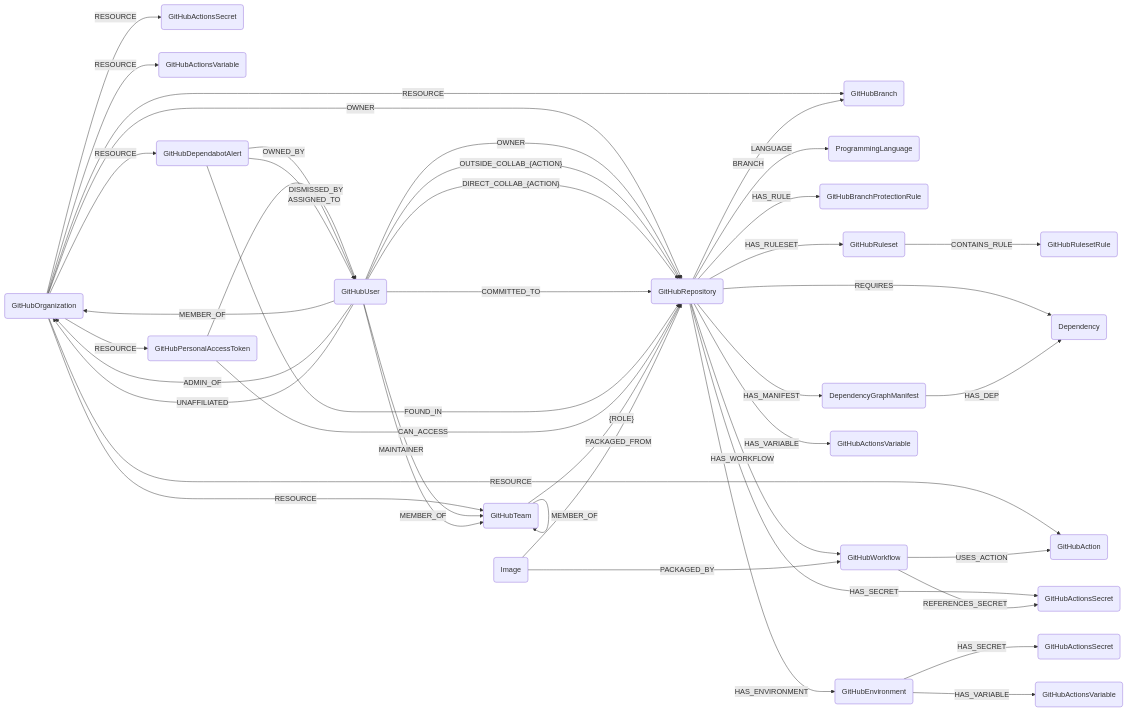
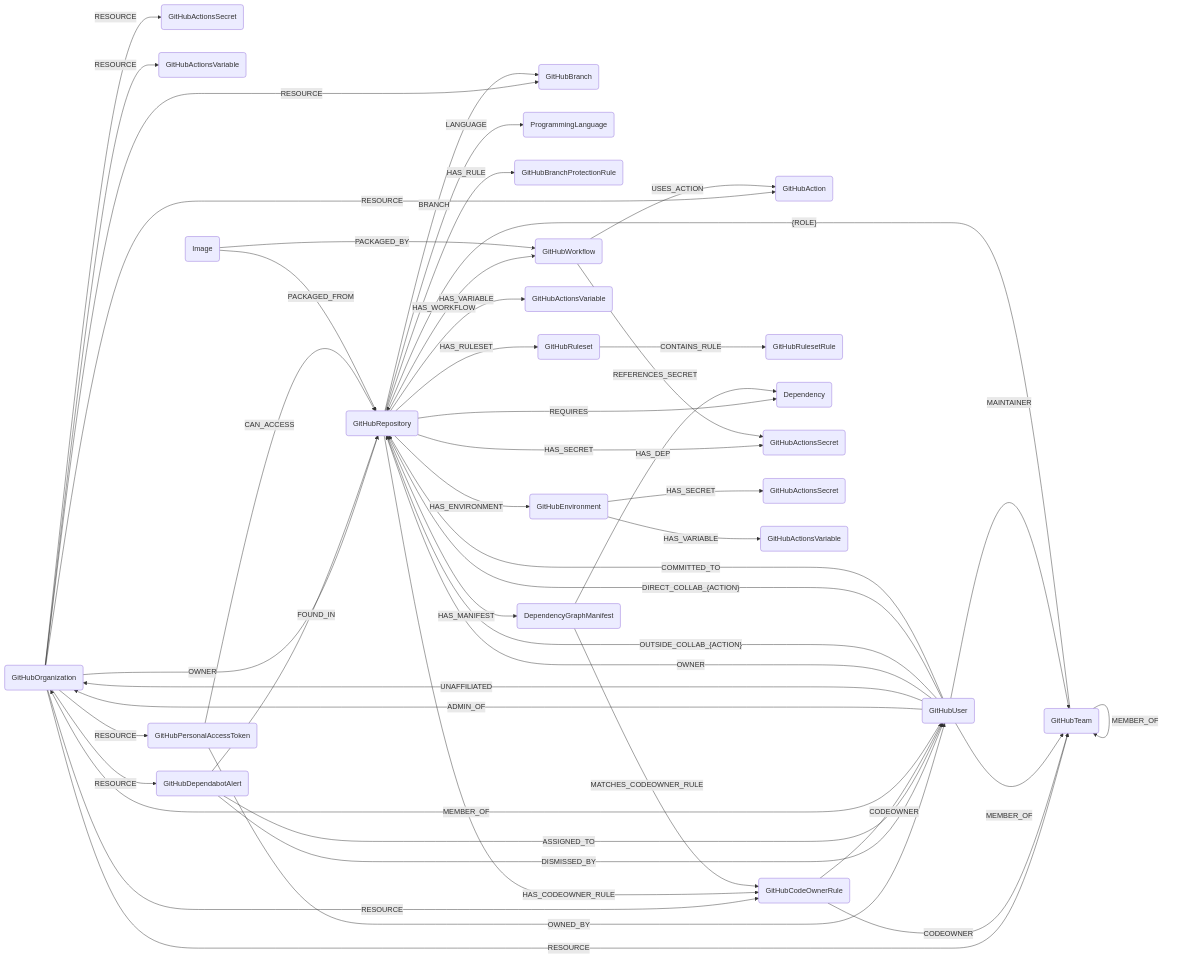
Before and after one commit to cartography-cncf/cartography: the diagram in docs/root/modules/github/schema.md, drawn with Mermaid. The commit also changed other lines of this file and 8 other files, not shown here.

Commit message:
Add GitHub CODEOWNERS ownership evidence

````diff
--- a/docs/root/modules/github/schema.md
+++ b/docs/root/modules/github/schema.md
@@ -3,46 +3,51 @@
 ```mermaid
 graph LR
 
 O(GitHubOrganization) -- OWNER --> R(GitHubRepository)
 O -- RESOURCE --> B(GitHubBranch)
 O -- RESOURCE --> T(GitHubTeam)
 O -- RESOURCE --> OS(GitHubActionsSecret)
 O -- RESOURCE --> OV(GitHubActionsVariable)
 O -- RESOURCE --> A(GitHubAction)
 O -- RESOURCE --> DA(GitHubDependabotAlert)
 O -- RESOURCE --> PAT(GitHubPersonalAccessToken)
+O -- RESOURCE --> COR(GitHubCodeOwnerRule)
 U(GitHubUser) -- MEMBER_OF --> O
 U -- ADMIN_OF --> O
 U -- UNAFFILIATED --> O
 U -- OWNER --> R
 PAT -- OWNED_BY --> U
 U -- OUTSIDE_COLLAB_{ACTION} --> R
 U -- DIRECT_COLLAB_{ACTION} --> R
 U -- COMMITTED_TO --> R
 R -- LANGUAGE --> L(ProgrammingLanguage)
 R -- BRANCH --> B(GitHubBranch)
 R -- HAS_RULE --> BPR(GitHubBranchProtectionRule)
 R -- HAS_RULESET --> GRS(GitHubRuleset)
+R -- HAS_CODEOWNER_RULE --> COR
 GRS -- CONTAINS_RULE --> RSR(GitHubRulesetRule)
 R -- REQUIRES --> D(Dependency)
 R -- HAS_MANIFEST --> M(DependencyGraphManifest)
 R -- HAS_WORKFLOW --> W(GitHubWorkflow)
 R -- HAS_SECRET --> RS(GitHubActionsSecret)
 R -- HAS_VARIABLE --> RV(GitHubActionsVariable)
 R -- HAS_ENVIRONMENT --> E(GitHubEnvironment)
 DA -- FOUND_IN --> R
 DA -- DISMISSED_BY --> U
 DA -- ASSIGNED_TO --> U
 PAT -- CAN_ACCESS --> R
 W -- USES_ACTION --> A(GitHubAction)
 W -- REFERENCES_SECRET --> RS
 E -- HAS_SECRET --> ES(GitHubActionsSecret)
 E -- HAS_VARIABLE --> EV(GitHubActionsVariable)
 M -- HAS_DEP --> D
+M -- MATCHES_CODEOWNER_RULE --> COR
+COR -- CODEOWNER --> T
+COR -- CODEOWNER --> U
 T -- {ROLE} --> R
 T -- MEMBER_OF --> T
 U -- MEMBER_OF --> T
 U -- MAINTAINER --> T
 I(Image) -- PACKAGED_FROM --> R
 I(Image) -- PACKAGED_BY --> W
 ```
````
